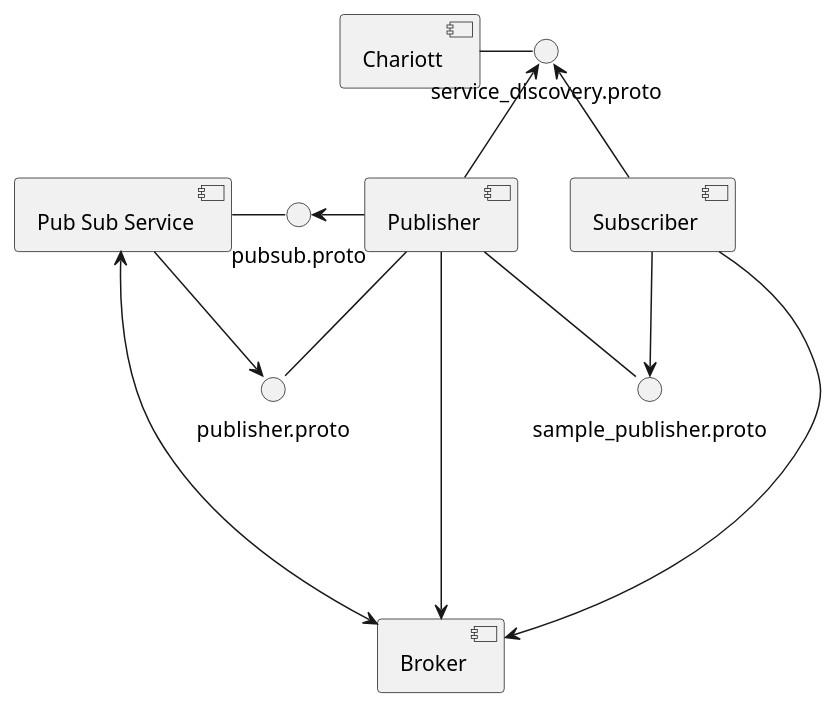
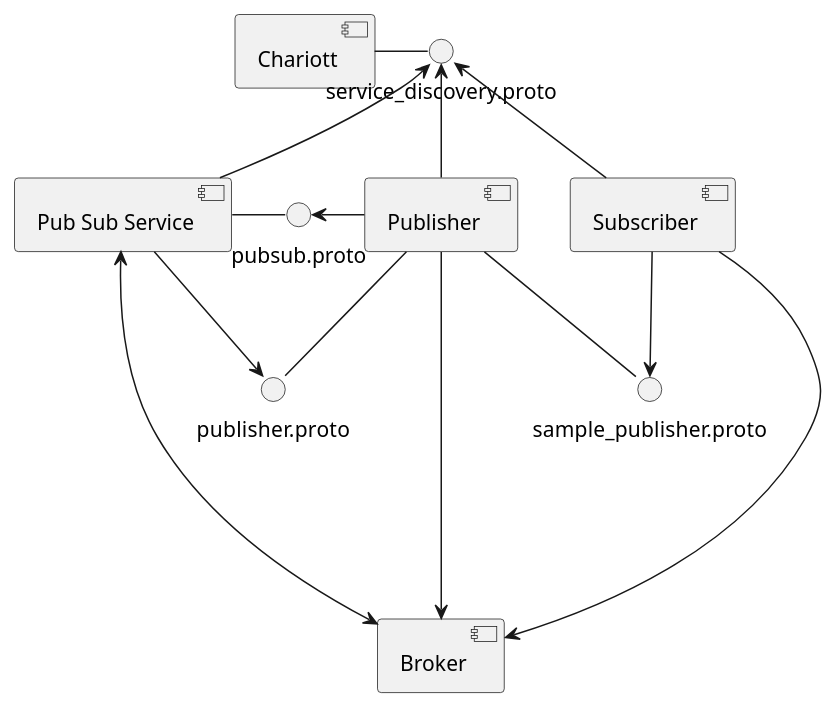
The diagram in docs/diagrams/pubsub_chariott_component.puml (eclipse-chariott/Agemo), drawn with PlantUML before and after one commit. The commit also changed 1 other file, not shown here.

Commit message:
Modify chariott diagram

```diff
--- a/docs/diagrams/pubsub_chariott_component.puml
+++ b/docs/diagrams/pubsub_chariott_component.puml
@@ -1,27 +1,28 @@
 @startuml pubsub chariott component diagram
 component "Chariott" as chariott
 
 chariott -right- service_discovery.proto
 
 component "Pub Sub Service" as ps_service
 
 ps_service -right- pubsub.proto
 ps_service -down-> publisher.proto
+ps_service -up-> service_discovery.proto
 
 component "Publisher" as pub
 
 pub -up-> service_discovery.proto
 pub -left-> pubsub.proto
 pub -down- publisher.proto
 pub -down- sample_publisher.proto
 
 component "Subscriber" as sub
 
 sub -up-> service_discovery.proto
 sub -down-> sample_publisher.proto
 
 [ps_service] <--down--> [Broker]
 [pub] -down-> [Broker]
 [sub] -down-> [Broker]
 
 @enduml
```
